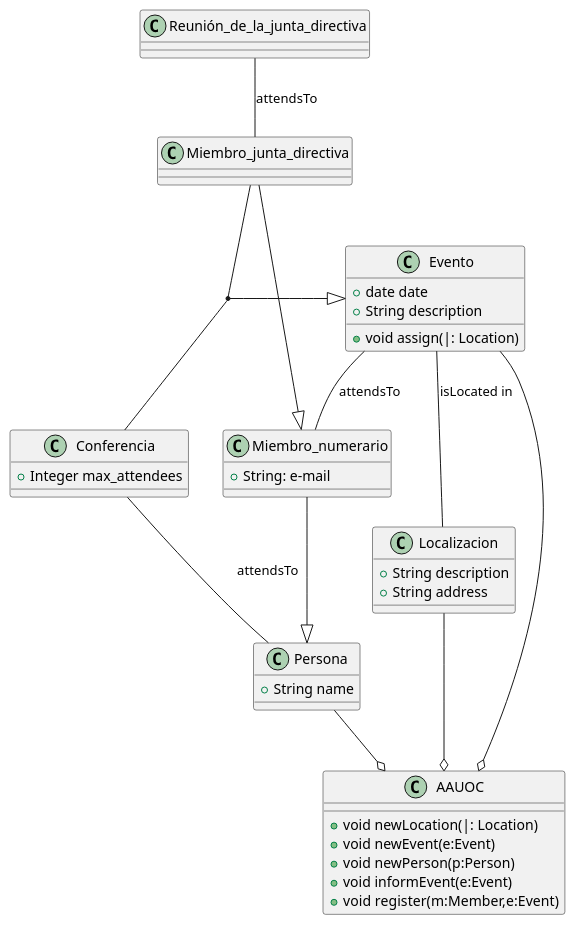
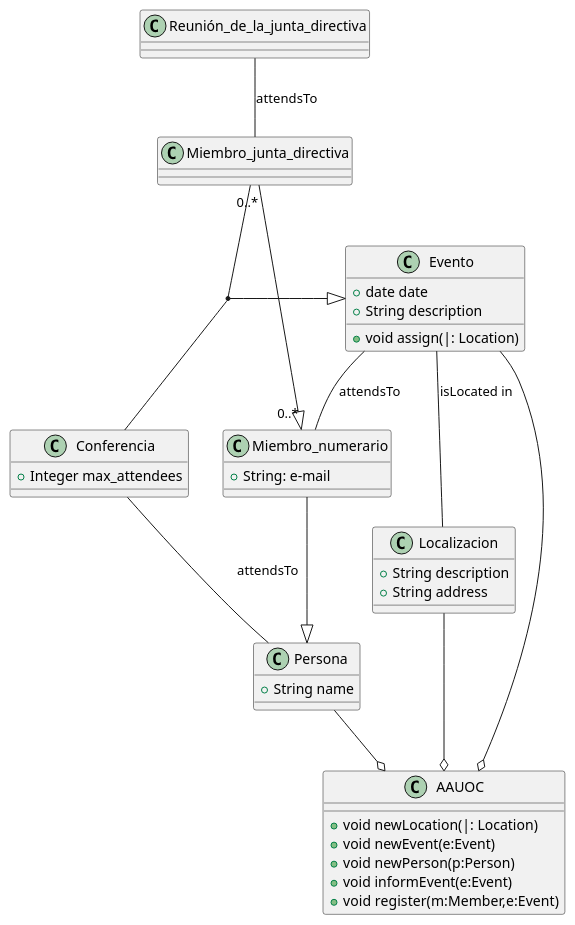
The diagram in src/PabloDiagrama.puml (moevius237/Practica-Diagramas-UML-PAblo), drawn with PlantUML before and after one commit.

Commit message:
Primera cardinalidad

```diff
--- a/src/PabloDiagrama.puml
+++ b/src/PabloDiagrama.puml
@@ -1,50 +1,50 @@
 @startuml
 class Miembro_numerario{
  +String: e-mail
 }
 
 class Miembro_junta_directiva
 
 class Conferencia {
  +Integer max_attendees
 
 }
 
 class Evento {
  +date date
  +String description
  +void assign(|: Location)
 }
 
 class Reunión_de_la_junta_directiva
 
 class Localizacion {
 +String description
  +String address
 }
 
 class Persona{
 +String name
 
 }
 
 class AAUOC{
 +void newLocation(|: Location)
     +void newEvent(e:Event)
     +void newPerson(p:Person)
     +void informEvent(e:Event)
     +void register(m:Member,e:Event)
 
 }
 
 Miembro_numerario--|>Persona
-Miembro_junta_directiva--|>Miembro_numerario
+Miembro_junta_directiva"0..*"--|>"0..*"Miembro_numerario
 (Miembro_junta_directiva, Conferencia) --|> Evento
 Evento -- Miembro_numerario :attendsTo
 Evento --o AAUOC
 Evento -- Localizacion:isLocated in
 Localizacion --o AAUOC
 Persona --o AAUOC
 Reunión_de_la_junta_directiva -- Miembro_junta_directiva :attendsTo
 Conferencia -- Persona :attendsTo
 @enduml
```
